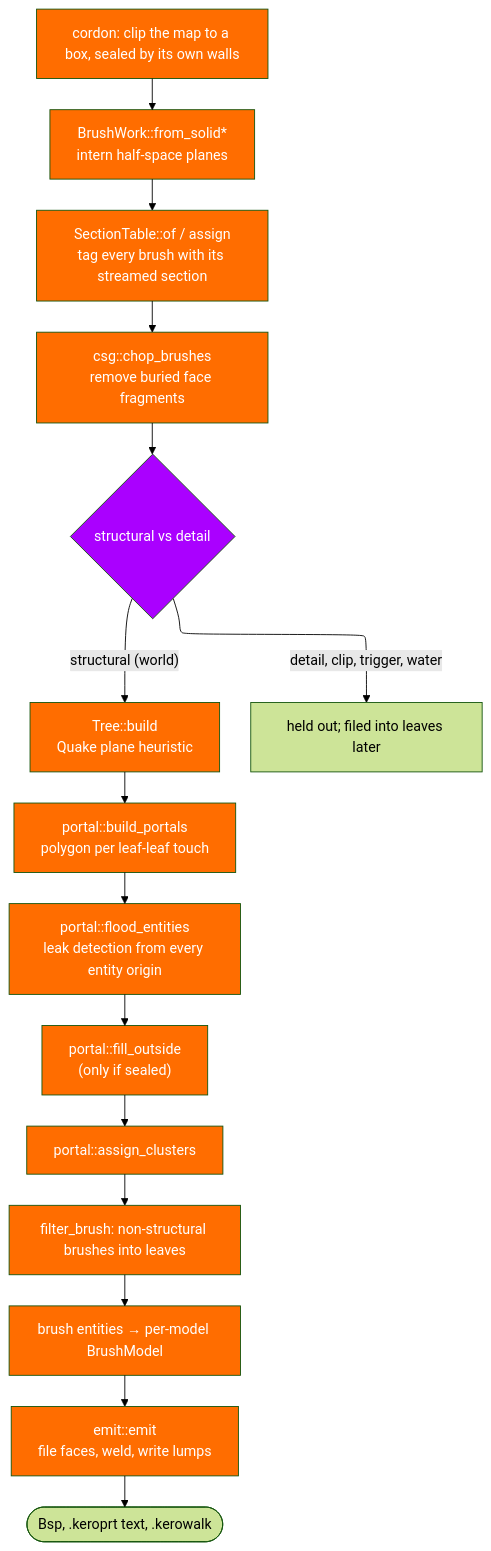
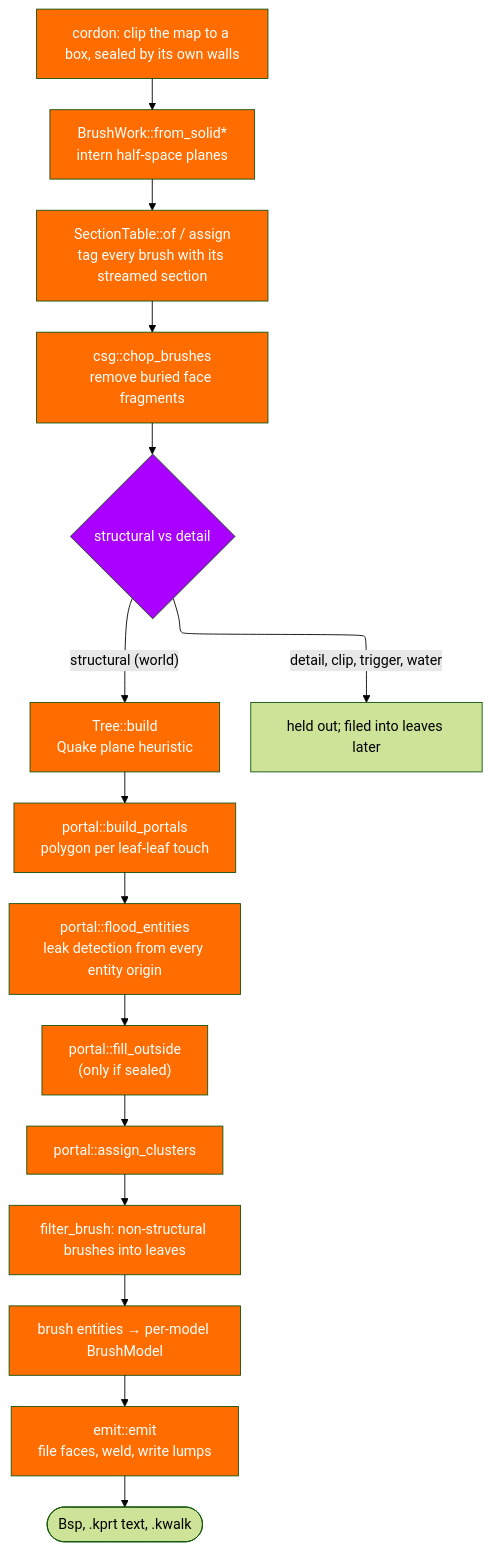
The second of 4 diagrams in src/devnotes/map-pipeline.md (T342guy/Kerosene), drawn with Mermaid (forest theme) before and after one commit. The commit also changed other lines of this file and 224 other files, not shown here.

````diff
--- a/src/devnotes/map-pipeline.md
+++ b/src/devnotes/map-pipeline.md
@@ -44,26 +44,26 @@
 ```mermaid
 ---
 config:
   layout: elk
 ---
 flowchart TB
     cordon["cordon: clip the map to a box, sealed by its own walls"] --> brush["BrushWork::from_solid*<br/>intern half-space planes"]
     brush --> sect["SectionTable::of / assign<br/>tag every brush with its streamed section"]
     sect --> csg["csg::chop_brushes<br/>remove buried face fragments"]
     csg --> split{"structural vs detail"}
     split -- "structural (world)" --> tree["Tree::build<br/>Quake plane heuristic"]
     split -- "detail, clip, trigger, water" --> hold["held out; filed into leaves later"]
     tree --> portals["portal::build_portals<br/>polygon per leaf-leaf touch"]
     portals --> flood["portal::flood_entities<br/>leak detection from every entity origin"]
     flood --> fill["portal::fill_outside<br/>(only if sealed)"]
     fill --> clusters["portal::assign_clusters"]
     clusters --> file["filter_brush: non-structural brushes into leaves"]
     file --> models["brush entities → per-model BrushModel"]
     models --> emit["emit::emit<br/>file faces, weld, write lumps"]
-    emit --> out1(["Bsp, .keroprt text, .kerowalk"])
+    emit --> out1(["Bsp, .kprt text, .kwalk"])
 
     classDef stage fill:#FF6D00,color:#fff
     classDef decision fill:#AA00FF,color:#fff
     class cordon,brush,sect,csg,tree,portals,flood,fill,clusters,file,models,emit stage
     class split decision
 ```
````
